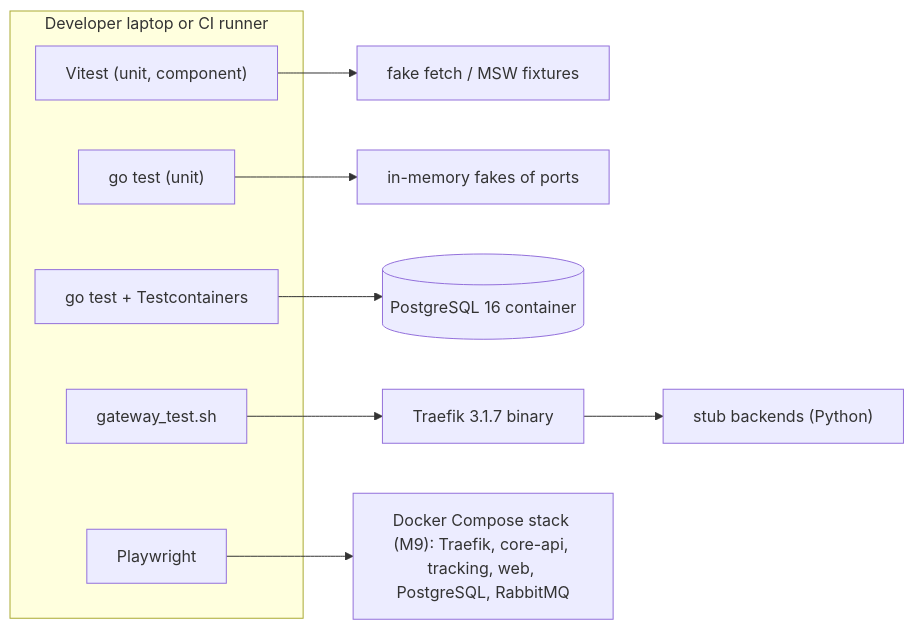
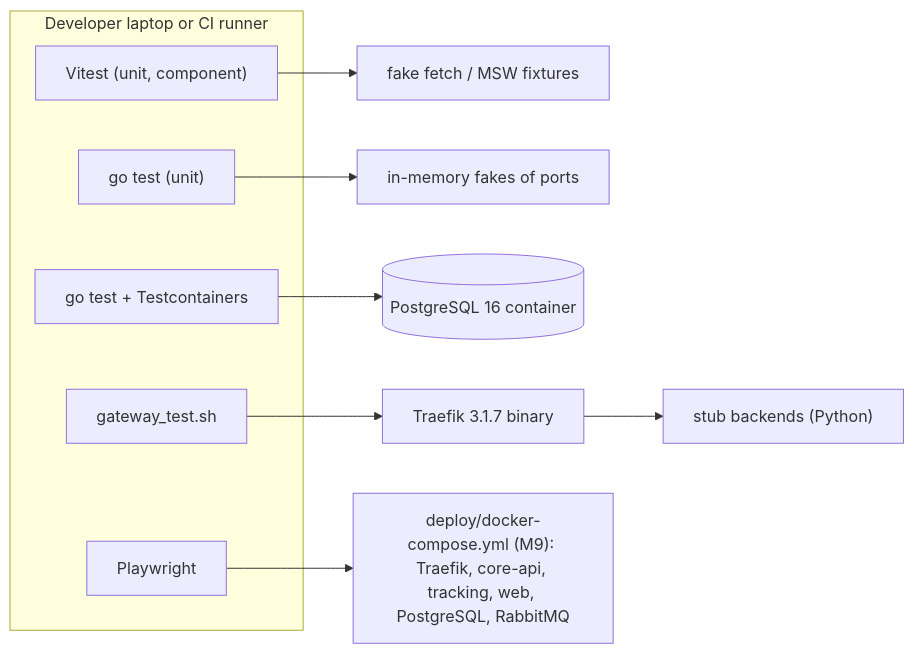
One commit to phantomTroupeEAD/SwiftDrop changed the second of 8 diagrams in docs/drafts/member-07-dispatcher-admin-web-gateway/doc-06-testing-strategy-and-acceptance.md. Above: the diagram before and after it, drawn with Mermaid. The commit also changed other lines of this file and 125 other files, not shown here.

````diff
--- a/docs/drafts/member-07-dispatcher-admin-web-gateway/doc-06-testing-strategy-and-acceptance.md
+++ b/docs/drafts/member-07-dispatcher-admin-web-gateway/doc-06-testing-strategy-and-acceptance.md
@@ -92,15 +92,15 @@
 ```mermaid
 flowchart LR
     subgraph Local["Developer laptop or CI runner"]
         V["Vitest (unit, component)"]
         G["go test (unit)"]
         TC["go test + Testcontainers"]
         GS["gateway_test.sh"]
         PW["Playwright"]
     end
     V --> FF["fake fetch / MSW fixtures"]
     G --> FK["in-memory fakes of ports"]
     TC --> PG[("PostgreSQL 16 container")]
     GS --> TR["Traefik 3.1.7 binary"] --> ST["stub backends (Python)"]
-    PW --> DC["Docker Compose stack (M9): Traefik, core-api, tracking, web, PostgreSQL, RabbitMQ"]
+    PW --> DC["deploy/docker-compose.yml (M9): Traefik, core-api, tracking, web, PostgreSQL, RabbitMQ"]
 ```
````
